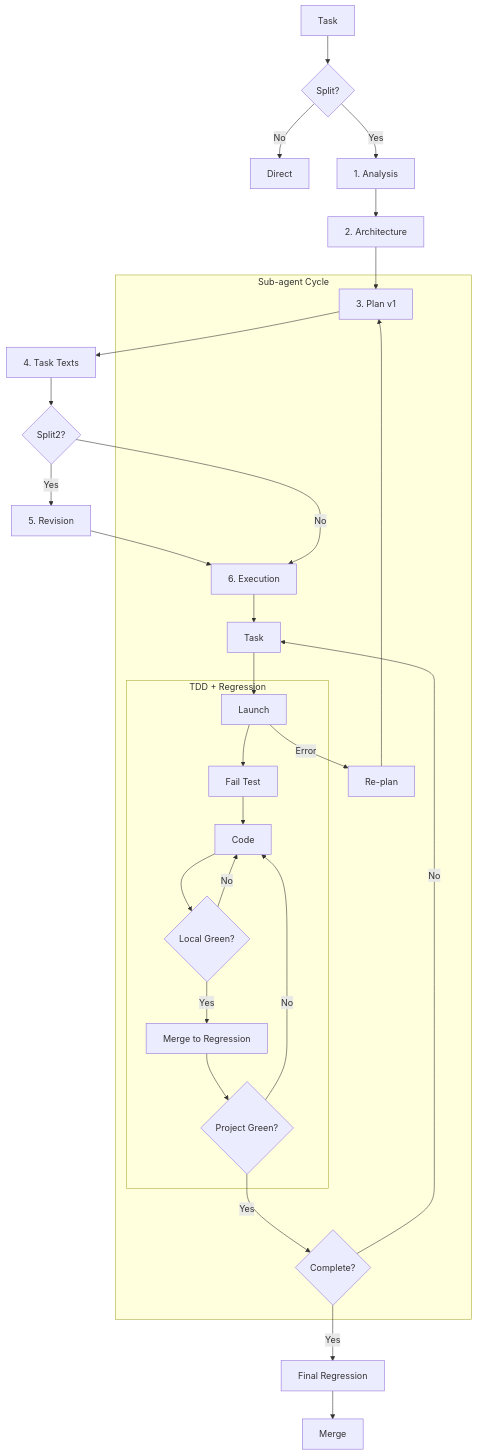
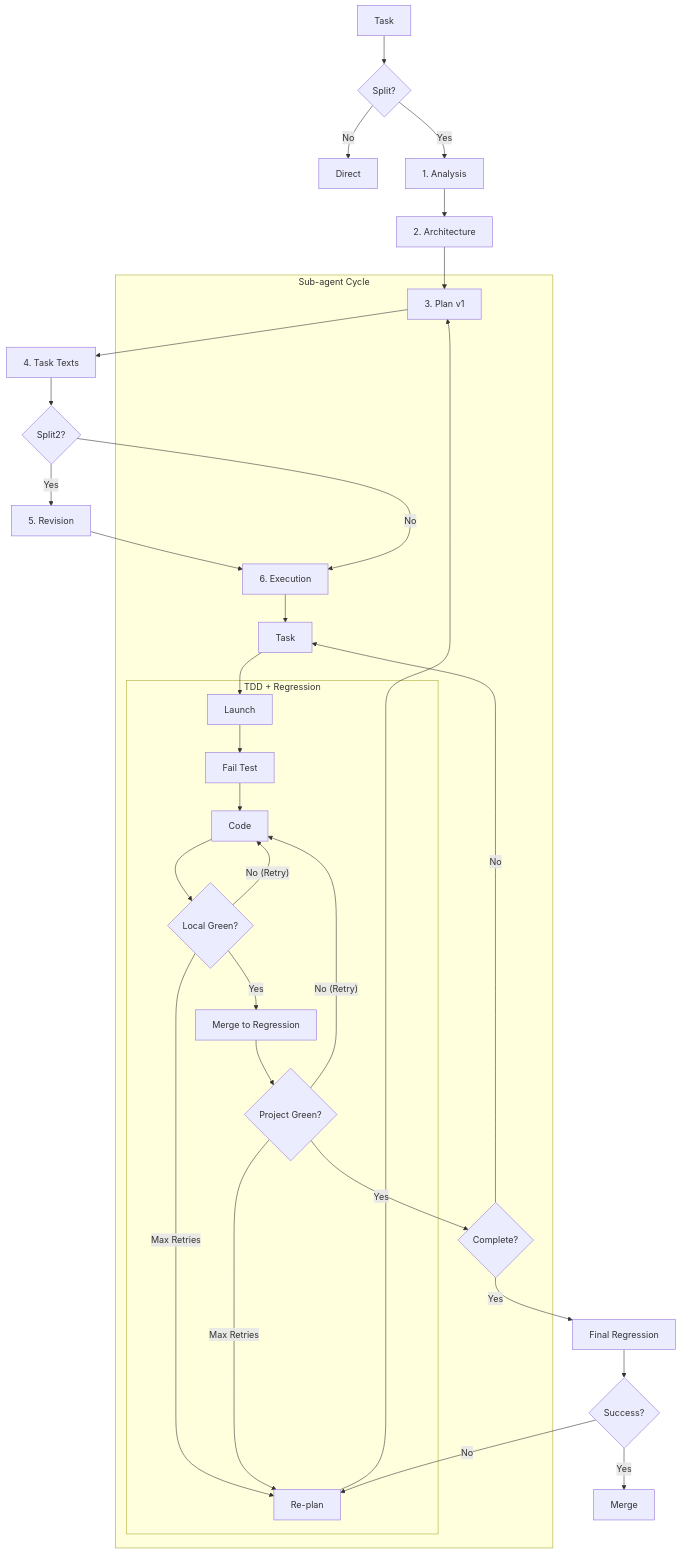
The diagram in README.en.md (SpIvanM/split-first-tdd-agent-orchestration-framework), drawn with Mermaid before and after one commit. The commit also changed 1 other file, not shown here.

Commit message:
docs: update agent orchestration flow diagram to include retry logic and re-planning paths

````diff
--- a/README.en.md
+++ b/README.en.md
@@ -97,37 +97,39 @@
 ```mermaid
 graph TD
     A["Task"] --> B{"Split?"}
     B -- "No" --> C["Direct"]
     B -- "Yes" --> D["1. Analysis"]
     D --> E["2. Architecture"]
     E --> F["3. Plan v1"]
     F --> G["4. Task Texts"]
     G --> H{"Split2?"}
     H -- "Yes" --> I["5. Revision"]
     I --> J["6. Execution"]
     H -- "No" --> J
     
     subgraph "Sub-agent Cycle"
         J --> K["Task"]
         K --> L["Launch"]
         
         subgraph "TDD + Regression"
             L --> M["Fail Test"]
             M --> N["Code"]
             N --> O{"Local Green?"}
-            O -- "No" --> N
+            O -- "No (Retry)" --> N
+            O -- "Max Retries" --> T["Re-plan"]
             O -- "Yes" --> P["Merge to Regression"]
             P --> Q{"Project Green?"}
-            Q -- "No" --> N
+            Q -- "No (Retry)" --> N
+            Q -- "Max Retries" --> T
         end
         
         Q -- "Yes" --> R{"Complete?"}
         R -- "No" --> K
-        
-        L -- "Error" --> T["Re-plan"]
         T --> F
     end
     
     R -- "Yes" --> U["Final Regression"]
-    U --> V["Merge"]
+    U --> W{"Success?"}
+    W -- "No" --> T
+    W -- "Yes" --> V["Merge"]
 ```
````
